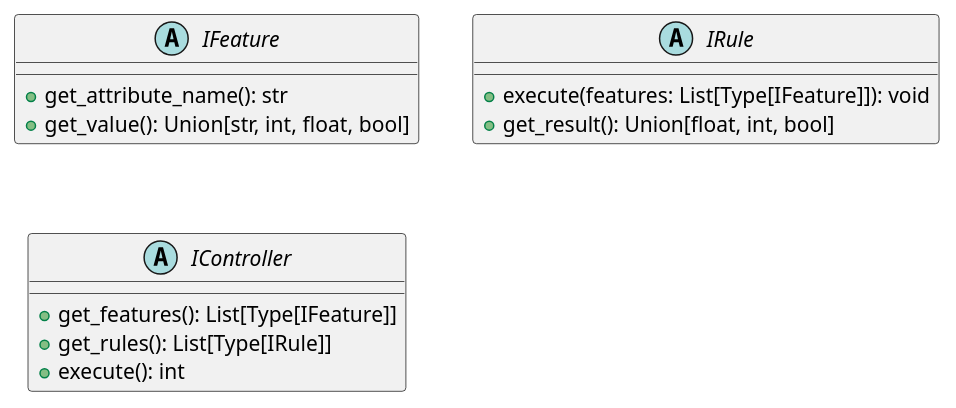
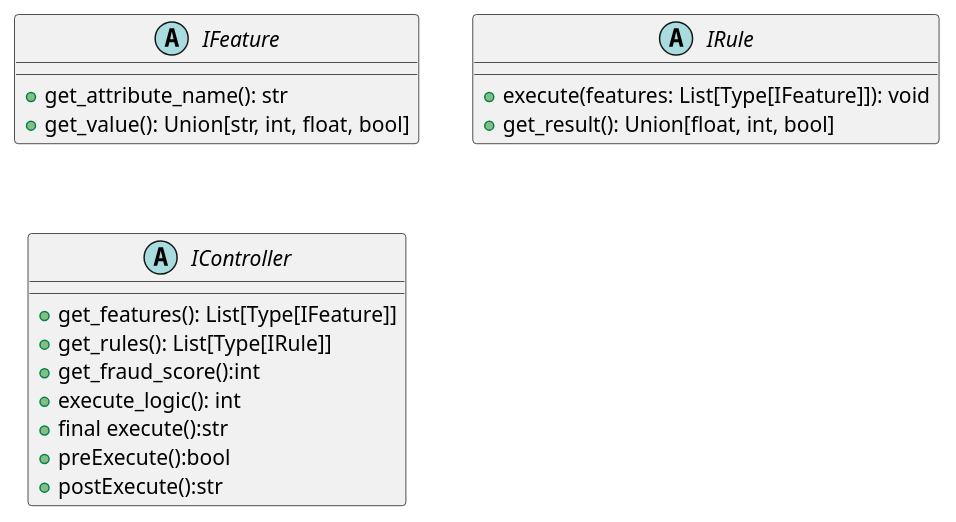
One commit to gaderGarcia/dummy-rules changed the diagram in abstract/class-diagram.plantuml. Above: the diagram before and after it, drawn with PlantUML. The commit also changed 4 other files, not shown here.

```diff
--- a/abstract/class-diagram.plantuml
+++ b/abstract/class-diagram.plantuml
@@ -1,43 +1,24 @@
 @startuml
 
 abstract IFeature {
   +get_attribute_name(): str
   +get_value(): Union[str, int, float, bool]
 }
 
 abstract IRule {
   +execute(features: List[Type[IFeature]]): void
   +get_result(): Union[float, int, bool]
 }
 
 abstract IController {
   +get_features(): List[Type[IFeature]]
   +get_rules(): List[Type[IRule]]
-  +execute(): int
+  +get_fraud_score():int
+  +execute_logic(): int
+  +final execute():str
+  +preExecute():bool
+  +postExecute():str
 }
 
-/'
-class YourConcreteFeature implements IFeature {
-  -attribute_name: str
-  -value: Union[str, int, float, bool]
-  +get_attribute_name(): str
-  +get_value(): Union[str, int, float, bool]
-}
-
-class YourConcreteRule implements IRule {
-  +execute(features: List[Type[IFeature]]): void
-  +get_result(): Union[float, int, bool]
-}
-
-class YourConcreteController implements IController {
-  +get_features(): List[Type[IFeature]]
-  +get_rules(): List[Type[IRule]]
-  +execute(): int
-} 
-
-IController o-- IFeature
-IRule o-- IFeature
-IRule o-- IController
-'/
 
 @enduml
```
